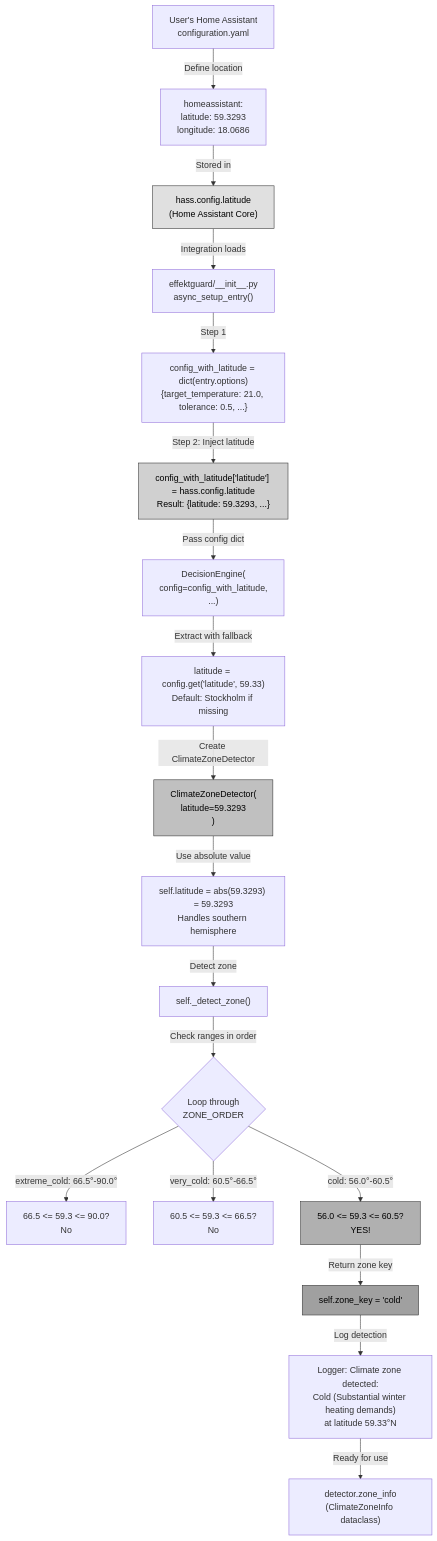
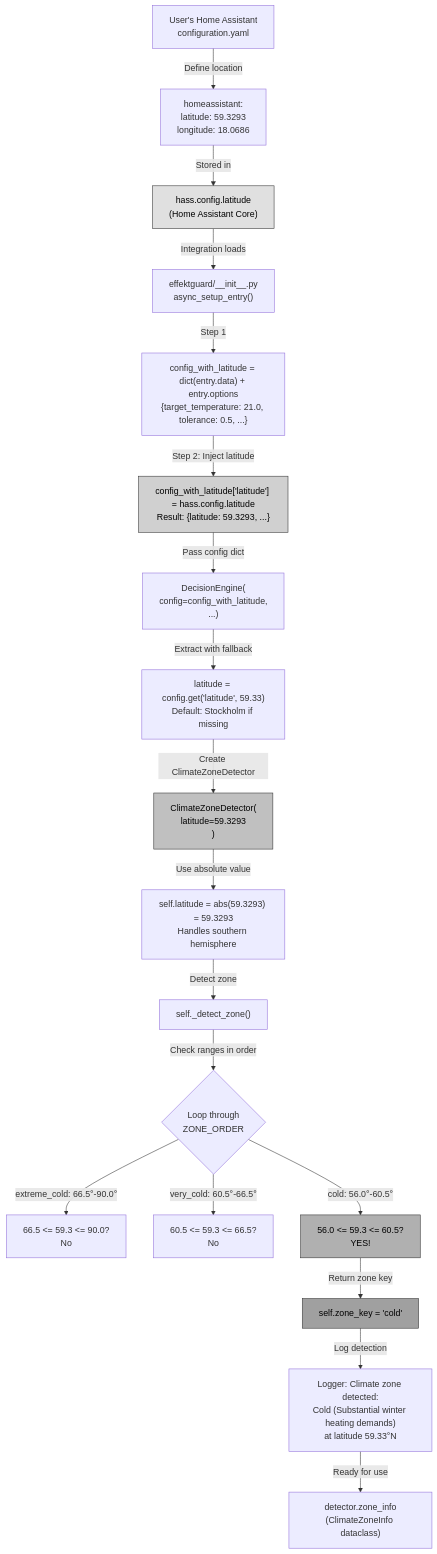
One commit to enoch85/EffektGuard changed the first of 4 diagrams in docs/architecture/10_adaptive_climate_zones.md. Above: the diagram before and after it, drawn with Mermaid. The commit also changed other lines of this file and 32 other files, not shown here.

````diff
--- a/docs/architecture/10_adaptive_climate_zones.md
+++ b/docs/architecture/10_adaptive_climate_zones.md
@@ -19,38 +19,38 @@
 ```mermaid
 flowchart TD
     A["User's Home Assistant<br/>configuration.yaml"] -->|Define location| B["homeassistant:<br/>  latitude: 59.3293<br/>  longitude: 18.0686"]
     B -->|Stored in| C["hass.config.latitude<br/>(Home Assistant Core)"]
     
     C -->|Integration loads| D["effektguard/__init__.py<br/>async_setup_entry()"]
     
-    D -->|Step 1| E["config_with_latitude = dict(entry.options)<br/>{target_temperature: 21.0, tolerance: 0.5, ...}"]
+    D -->|Step 1| E["config_with_latitude = dict(entry.data) + entry.options<br/>{target_temperature: 21.0, tolerance: 0.5, ...}"]
     E -->|Step 2: Inject latitude| F["config_with_latitude['latitude'] = hass.config.latitude<br/>Result: {latitude: 59.3293, ...}"]
     
     F -->|Pass config dict| G["DecisionEngine(<br/>  config=config_with_latitude,<br/>  ...)<br/>"]
     
     G -->|Extract with fallback| H["latitude = config.get('latitude', 59.33)<br/>Default: Stockholm if missing"]
     
     H -->|Create ClimateZoneDetector| I["ClimateZoneDetector(<br/>  latitude=59.3293<br/>)"]
     
     I -->|Use absolute value| J["self.latitude = abs(59.3293) = 59.3293<br/>Handles southern hemisphere"]
     
     J -->|Detect zone| K["self._detect_zone()"]
     
     K -->|Check ranges in order| L{Loop through<br/>ZONE_ORDER}
     
     L -->|extreme_cold: 66.5°-90.0°| M1["66.5 <= 59.3 <= 90.0?<br/>No"]
     L -->|very_cold: 60.5°-66.5°| M2["60.5 <= 59.3 <= 66.5?<br/>No"]
     L -->|cold: 56.0°-60.5°| M3["56.0 <= 59.3 <= 60.5?<br/>YES!"]
     
     M3 -->|Return zone key| N["self.zone_key = 'cold'"]
     
     N -->|Log detection| O["Logger: Climate zone detected:<br/>Cold (Substantial winter heating demands)<br/>at latitude 59.33°N"]
     
     O -->|Ready for use| P["detector.zone_info<br/>(ClimateZoneInfo dataclass)"]
     
     style C fill:#e0e0e0,stroke:#333,color:#000
     style F fill:#d0d0d0,stroke:#333,color:#000
     style I fill:#c0c0c0,stroke:#333,color:#000
     style M3 fill:#b0b0b0,stroke:#333,color:#000
     style N fill:#a0a0a0,stroke:#333,color:#000
 ```
````
